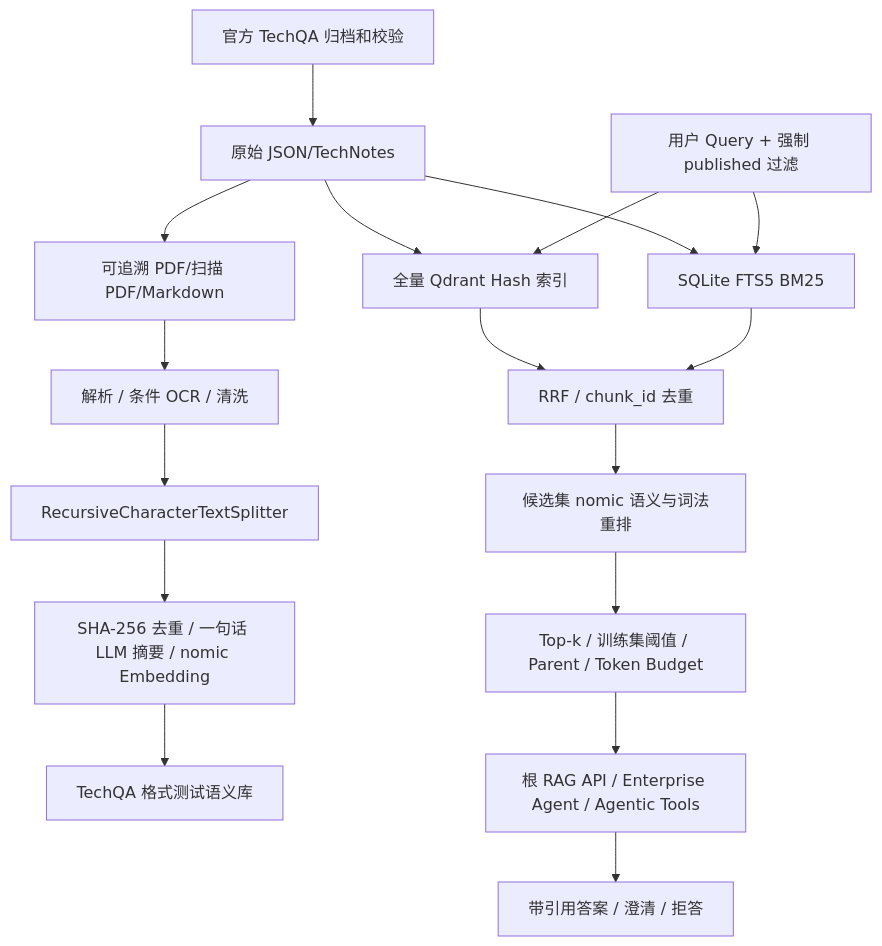
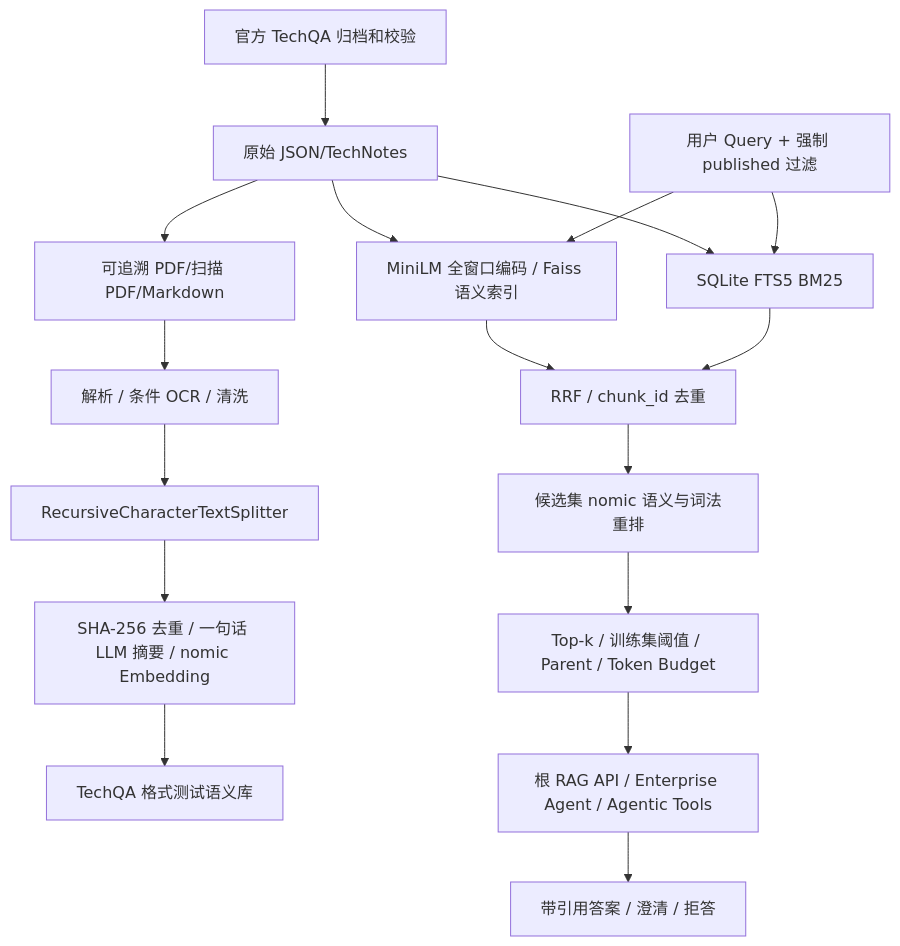
Before and after one commit to BoiledFishz/RAG-Ingestion-Pipeline: the diagram in README.md, drawn with Mermaid. The commit also changed other lines of this file and 151 other files, not shown here.

````diff
--- a/README.md
+++ b/README.md
@@ -26,19 +26,19 @@
 ```mermaid
 flowchart TD
     A[官方 TechQA 归档和校验] --> B[原始 JSON/TechNotes]
-    B --> C[全量 Qdrant Hash 索引]
+    B --> C[MiniLM 全窗口编码 / Faiss 语义索引]
     B --> D[SQLite FTS5 BM25]
     B --> E[可追溯 PDF/扫描 PDF/Markdown]
     E --> F[解析 / 条件 OCR / 清洗]
     F --> G[RecursiveCharacterTextSplitter]
     G --> H[SHA-256 去重 / 一句话 LLM 摘要 / nomic Embedding]
     H --> I[TechQA 格式测试语义库]
     Q[用户 Query + 强制 published 过滤] --> C
     Q --> D
     C --> J[RRF / chunk_id 去重]
     D --> J
     J --> K[候选集 nomic 语义与词法重排]
     K --> L[Top-k / 训练集阈值 / Parent / Token Budget]
     L --> M[根 RAG API / Enterprise Agent / Agentic Tools]
     M --> N[带引用答案 / 澄清 / 拒答]
 ```
````
